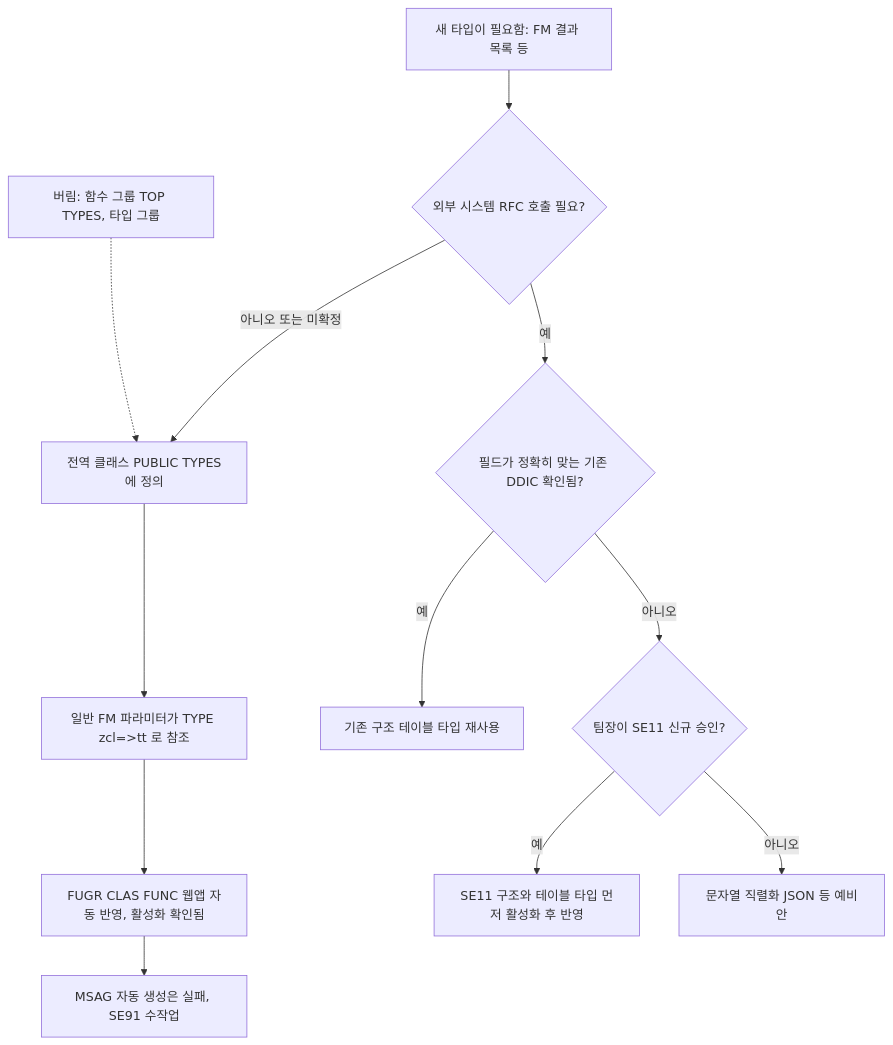
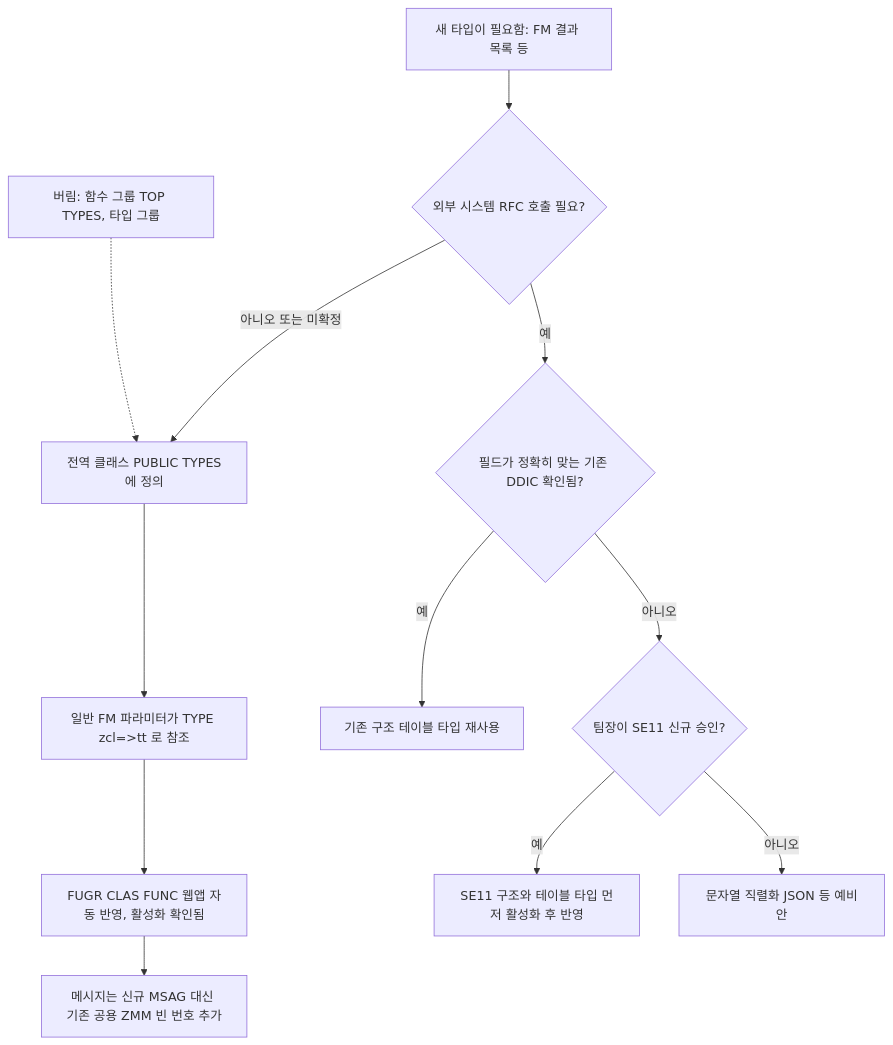
Before and after one commit to sunguphong/devsap: the diagram in wiki/신규 DDIC 없이 개발하는 방법.md, drawn with Mermaid. The commit also changed other lines of this file and 7 other files, not shown here.

````diff
--- a/wiki/신규 DDIC 없이 개발하는 방법.md
+++ b/wiki/신규 DDIC 없이 개발하는 방법.md
@@ -7,14 +7,14 @@
 ```mermaid
 flowchart TD
   N1["새 타입이 필요함: FM 결과 목록 등"] --> Q1{"외부 시스템 RFC 호출 필요?"}
   Q1 -->|아니오 또는 미확정| A2["전역 클래스 PUBLIC TYPES에 정의"]
   A2 --> F1["일반 FM 파라미터가 TYPE zcl=>tt 로 참조"]
   F1 --> W1["FUGR CLAS FUNC 웹앱 자동 반영, 활성화 확인됨"]
-  W1 --> M1["MSAG 자동 생성은 실패, SE91 수작업"]
+  W1 --> M1["메시지는 신규 MSAG 대신 기존 공용 ZMM 빈 번호 추가"]
   Q1 -->|예| Q2{"필드가 정확히 맞는 기존 DDIC 확인됨?"}
   Q2 -->|예| A1["기존 구조 테이블 타입 재사용"]
   Q2 -->|아니오| Q3{"팀장이 SE11 신규 승인?"}
   Q3 -->|예| A3["SE11 구조와 테이블 타입 먼저 활성화 후 반영"]
   Q3 -->|아니오| A4["문자열 직렬화 JSON 등 예비안"]
   X1["버림: 함수 그룹 TOP TYPES, 타입 그룹"] -.-> A2
 ```
````
